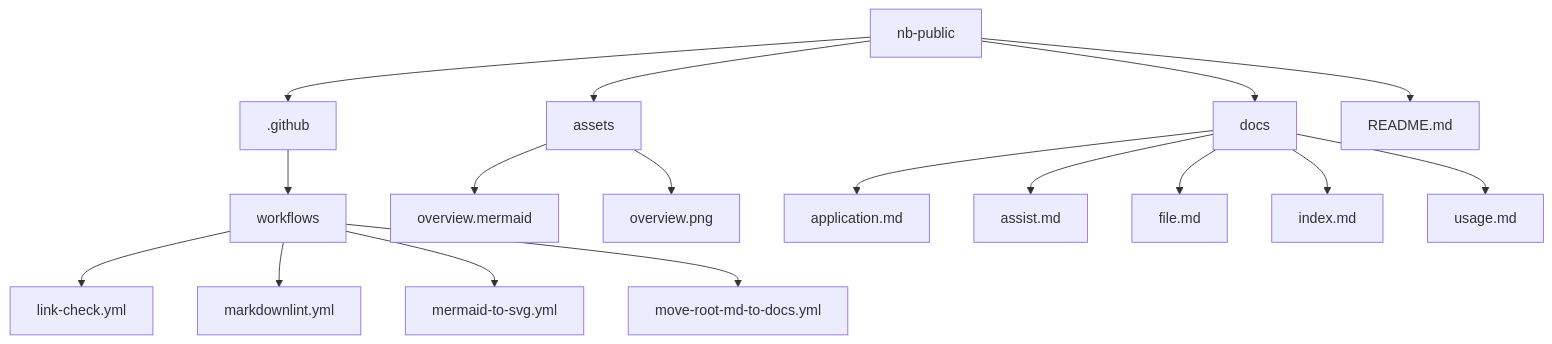
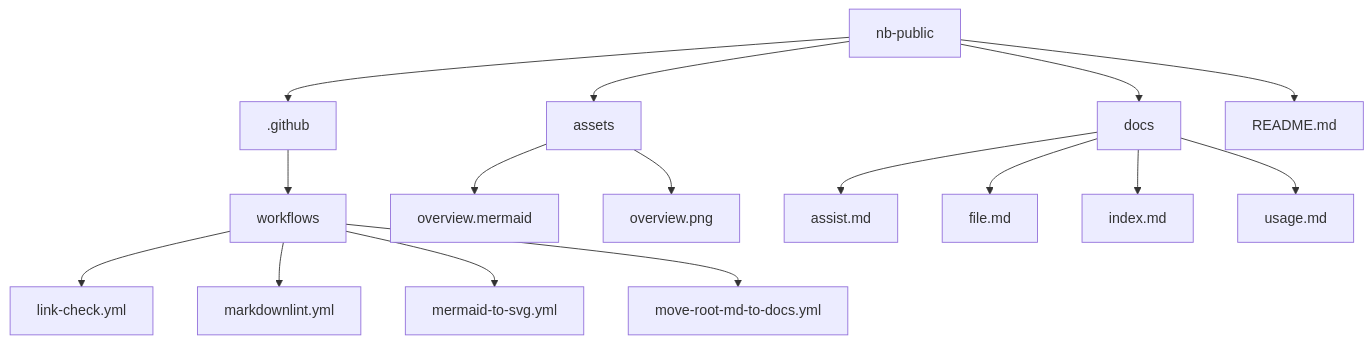
One commit to watanabe3tipapa/nb-public changed the diagram in overview-mermaid.mmd. Above: the diagram before and after it, drawn with Mermaid. The commit also changed 2 other files, not shown here.

```diff
--- a/overview-mermaid.mmd
+++ b/overview-mermaid.mmd
@@ -1,20 +1,19 @@
 graph TD
     A[nb-public] --> B[.github];
     A --> C[assets];
     A --> D[docs];
     A --> E[README.md];
 
     B --> B1[workflows];
     B1 --> B1a[link-check.yml];
     B1 --> B1b[markdownlint.yml];
     B1 --> B1c[mermaid-to-svg.yml];
     B1 --> B1d[move-root-md-to-docs.yml];
 
     C --> C1[overview.mermaid];
     C --> C2[overview.png];
 
-    D --> D1[application.md];
     D --> D2[assist.md];
     D --> D3[file.md];
     D --> D4[index.md];
     D --> D5[usage.md];
```
